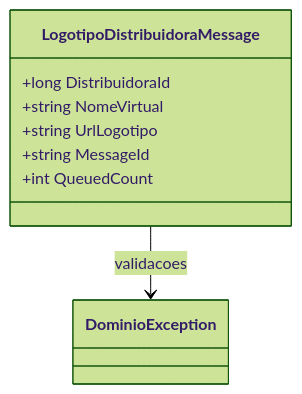
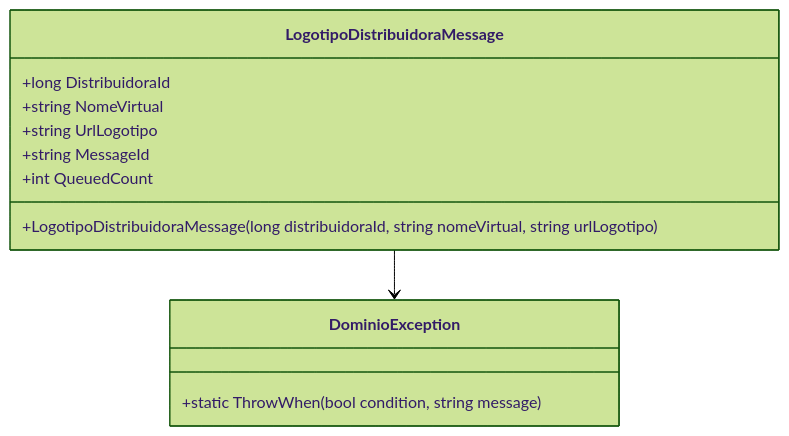
One commit to IsthmusSistemas/documentacao-tecnica changed the diagram in docs/b2b-dominio/IsthmusWinthor.Nucleo/IsthmusWinthor.Dominio/QueueMessages/LogotipoDistribuidoraMessage.md. Above: the diagram before and after it, drawn with Mermaid (forest theme). The commit also changed other lines of this file and 882 other files, not shown here.

````diff
--- a/docs/b2b-dominio/IsthmusWinthor.Nucleo/IsthmusWinthor.Dominio/QueueMessages/LogotipoDistribuidoraMessage.md
+++ b/docs/b2b-dominio/IsthmusWinthor.Nucleo/IsthmusWinthor.Dominio/QueueMessages/LogotipoDistribuidoraMessage.md
@@ -26,11 +34,15 @@
 ```mermaid
 classDiagram
     class LogotipoDistribuidoraMessage {
         +long DistribuidoraId
         +string NomeVirtual
         +string UrlLogotipo
         +string MessageId
         +int QueuedCount
+        +LogotipoDistribuidoraMessage(long distribuidoraId, string nomeVirtual, string urlLogotipo)
     }
-    LogotipoDistribuidoraMessage --> DominioException : validacoes
+    class DominioException {
+        +static ThrowWhen(bool condition, string message)
+    }
+    LogotipoDistribuidoraMessage --> DominioException
 ```
````
